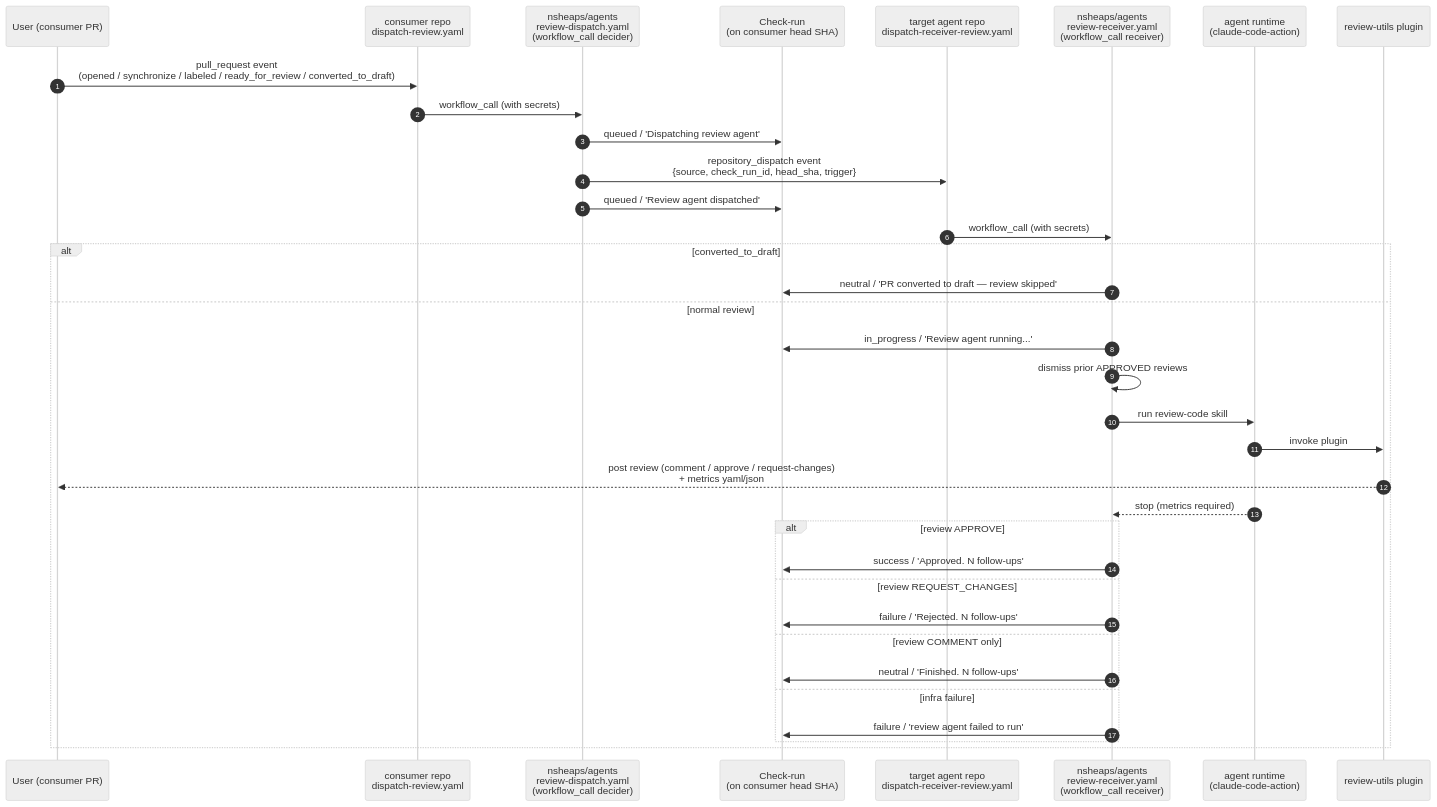
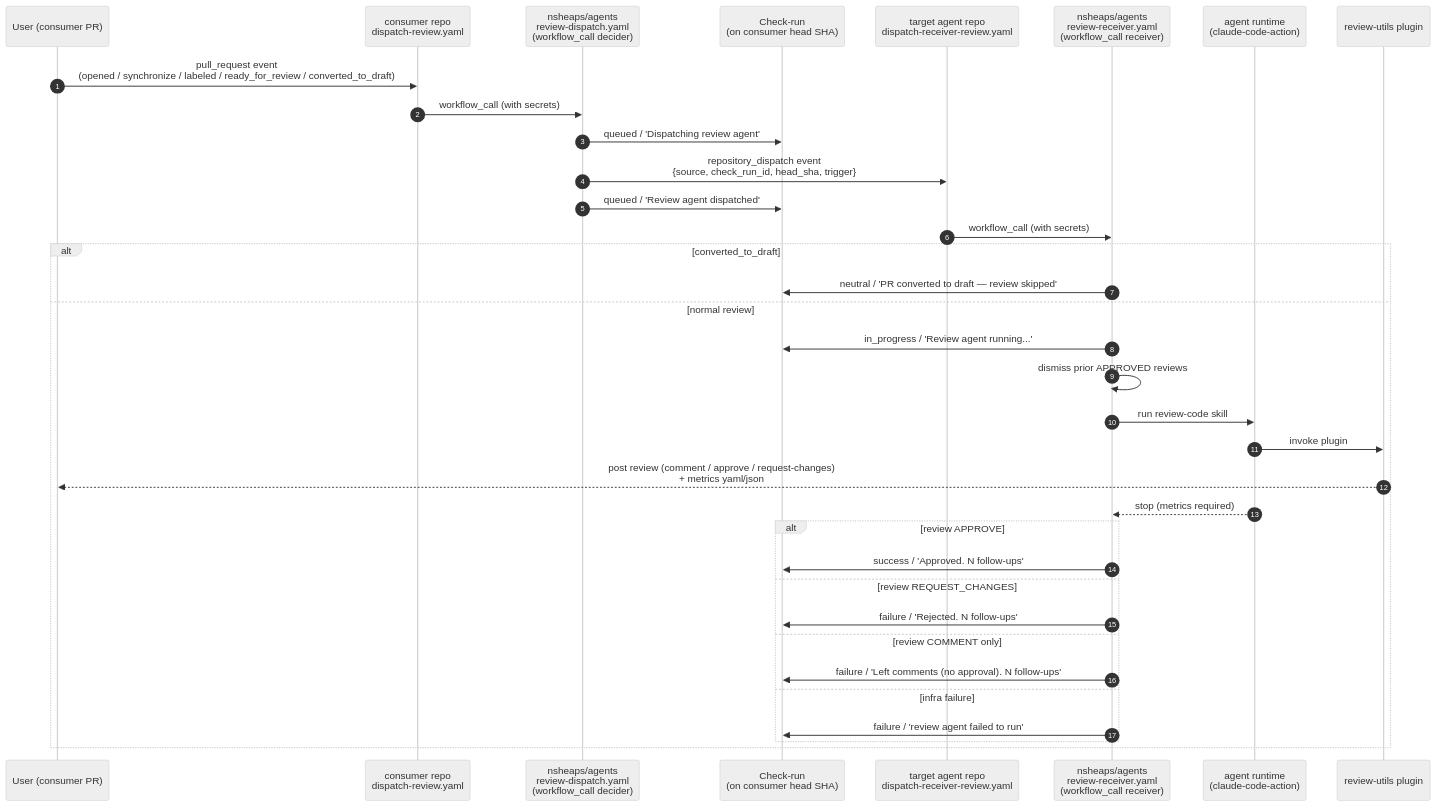
One commit to nsheaps/agents changed the third of 4 diagrams in plugins/claude-code/review-utils/specs/review-dispatch.md. Above: the diagram before and after it, drawn with Mermaid (neutral theme). The commit also changed other lines of this file and 5 other files, not shown here.

````diff
--- a/plugins/claude-code/review-utils/specs/review-dispatch.md
+++ b/plugins/claude-code/review-utils/specs/review-dispatch.md
@@ -189,40 +193,40 @@
 ```mermaid
 sequenceDiagram
     autonumber
     participant U as User (consumer PR)
     participant CR as consumer repo<br/>dispatch-review.yaml
     participant SD as nsheaps/agents<br/>review-dispatch.yaml<br/>(workflow_call decider)
     participant CK as Check-run<br/>(on consumer head SHA)
     participant TR as target agent repo<br/>dispatch-receiver-review.yaml
     participant SR as nsheaps/agents<br/>review-receiver.yaml<br/>(workflow_call receiver)
     participant AG as agent runtime<br/>(claude-code-action)
     participant RV as review-utils plugin
 
     U->>CR: pull_request event<br/>(opened / synchronize / labeled / ready_for_review / converted_to_draft)
     CR->>SD: workflow_call (with secrets)
     SD->>CK: queued / 'Dispatching review agent'
     SD->>TR: repository_dispatch event<br/>{source, check_run_id, head_sha, trigger}
     SD->>CK: queued / 'Review agent dispatched'
     TR->>SR: workflow_call (with secrets)
 
     alt converted_to_draft
         SR->>CK: neutral / 'PR converted to draft — review skipped'
     else normal review
         SR->>CK: in_progress / 'Review agent running...'
         SR->>SR: dismiss prior APPROVED reviews
         SR->>AG: run review-code skill
         AG->>RV: invoke plugin
         RV-->>U: post review (comment / approve / request-changes)<br/>+ metrics yaml/json
         AG-->>SR: stop (metrics required)
 
         alt review APPROVE
             SR->>CK: success / 'Approved. N follow-ups'
         else review REQUEST_CHANGES
             SR->>CK: failure / 'Rejected. N follow-ups'
         else review COMMENT only
-            SR->>CK: neutral / 'Finished. N follow-ups'
+            SR->>CK: failure / 'Left comments (no approval). N follow-ups'
         else infra failure
             SR->>CK: failure / 'review agent failed to run'
         end
     end
 ```
````
